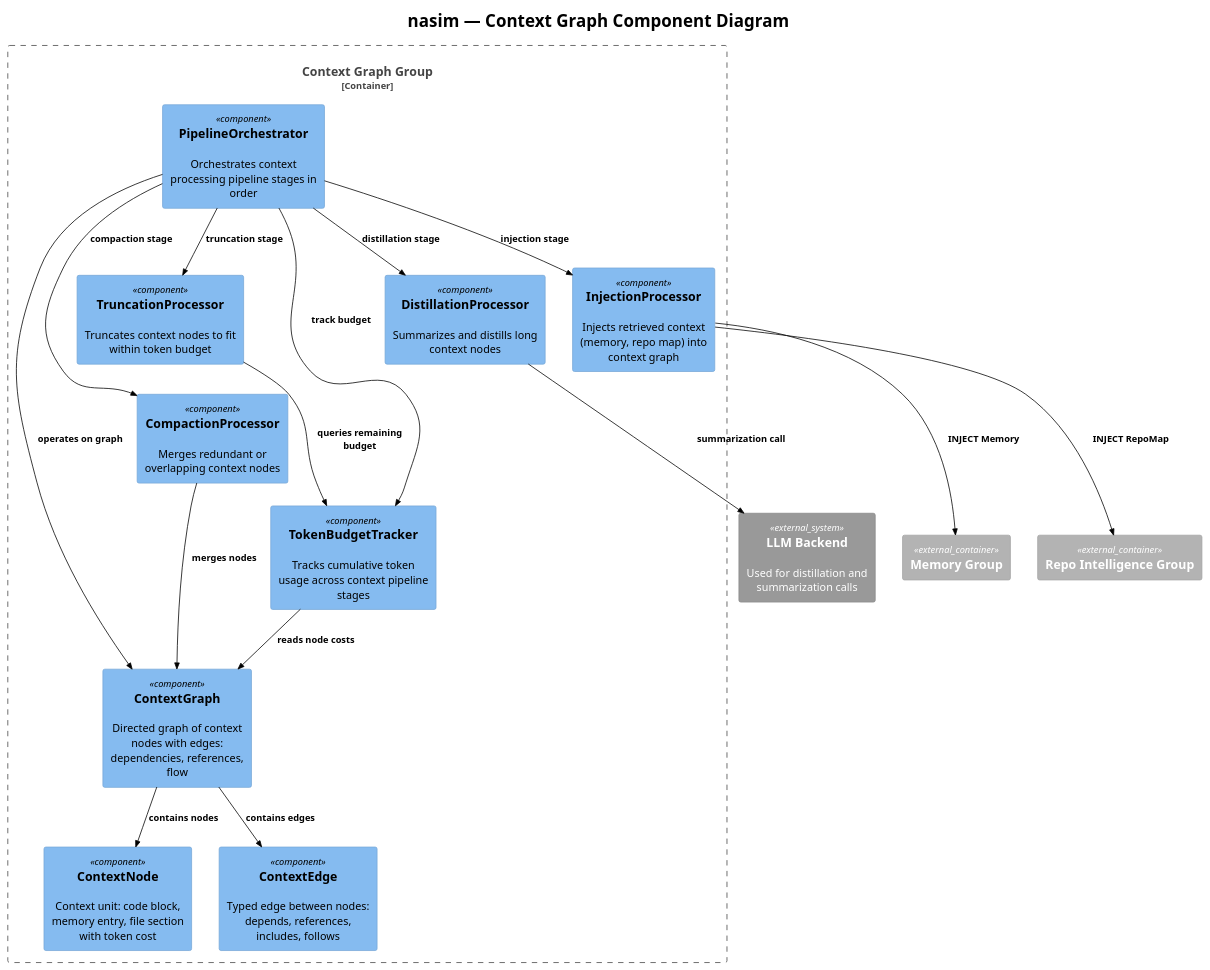
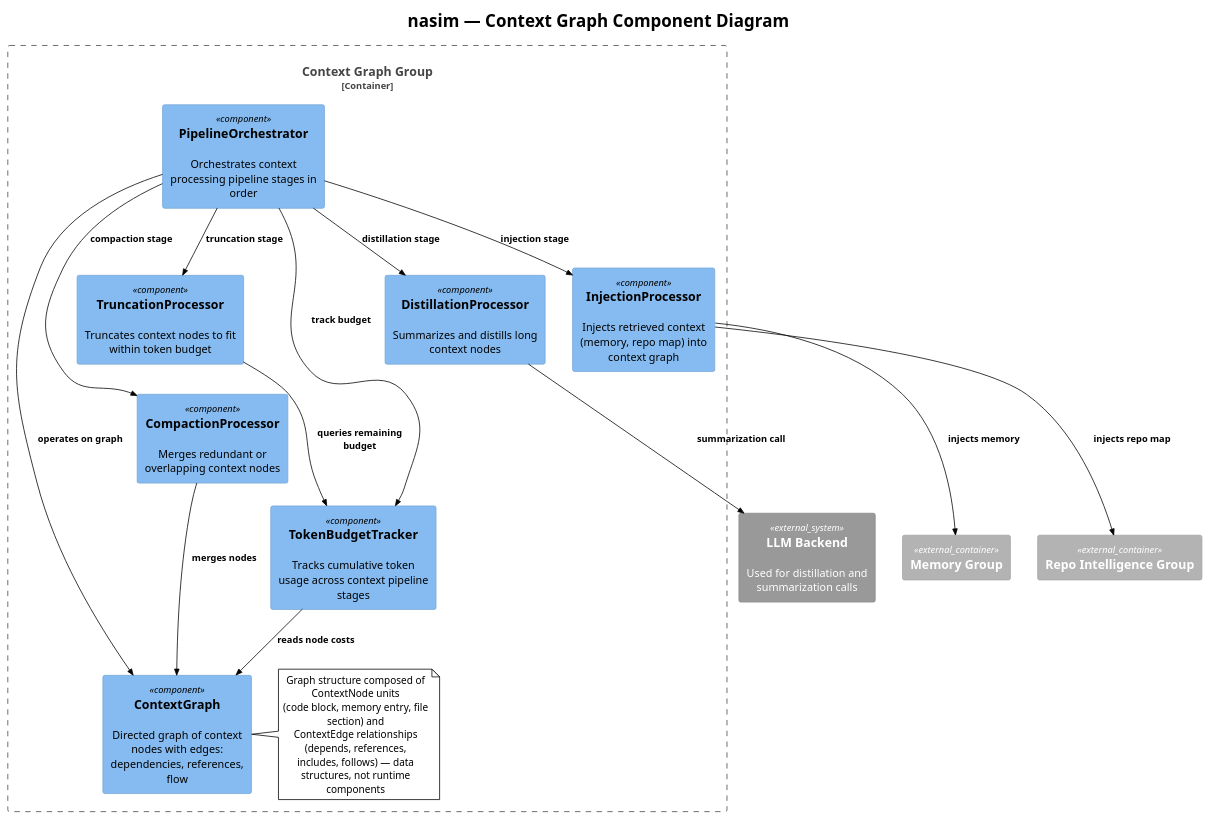
One commit to salimnamvar/nasim changed diagram 18 of 24 in C4.md. Above: the diagram before and after it, drawn with PlantUML. The commit also changed other lines of this file and 18 other files, not shown here.

```diff
--- a/C4.md
+++ b/C4.md
@@ -1069,49 +1079,53 @@
 @startuml c4_nasim_component_context_graph
 !include https://raw.githubusercontent.com/plantuml-stdlib/C4-PlantUML/v2.10.0/C4_Component.puml
 !theme plain
 
 
 ' ============================================================
 ' Title:     nasim — Context Graph Component Diagram
 ' Boundary:  nasim core library — Context Graph group
 ' Purpose:   Context pipeline: graph construction, truncation, distillation, injection, compaction
 ' Milestone: v1.0
 ' Version:   6.0.0
 ' Source:    docs/audit/audit.2026.06.20.deep.domain.audit.md
 ' Review:    —
 ' ============================================================
 
 title nasim — Context Graph Component Diagram
 
 Container_Boundary(context_graph_boundary, "Context Graph Group") {
     Component(context_graph, "ContextGraph", "", "Directed graph of context nodes with edges: dependencies, references, flow")
-    Component(context_node, "ContextNode", "", "Context unit: code block, memory entry, file section with token cost")
-    Component(context_edge, "ContextEdge", "", "Typed edge between nodes: depends, references, includes, follows")
+    note right of context_graph
+      Graph structure composed of ContextNode units
+      (code block, memory entry, file section) and
+      ContextEdge relationships (depends, references,
+      includes, follows) — data structures, not runtime components
+    end note
+
     Component(pipeline_orchestrator, "PipelineOrchestrator", "", "Orchestrates context processing pipeline stages in order")
     Component(truncation_processor, "TruncationProcessor", "", "Truncates context nodes to fit within token budget")
     Component(distillation_processor, "DistillationProcessor", "", "Summarizes and distills long context nodes")
     Component(injection_processor, "InjectionProcessor", "", "Injects retrieved context (memory, repo map) into context graph")
     Component(compaction_processor, "CompactionProcessor", "", "Merges redundant or overlapping context nodes")
     Component(token_budget_tracker, "TokenBudgetTracker", "", "Tracks cumulative token usage across context pipeline stages")
 }
 
 Container_Ext(memory_group, "Memory Group")
 Container_Ext(repo_intelligence_group, "Repo Intelligence Group")
 System_Ext(llm_backend, "LLM Backend", "Used for distillation and summarization calls")
 
-Rel(context_graph, context_node, "contains nodes")
-Rel(context_graph, context_edge, "contains edges")
+
 Rel(pipeline_orchestrator, truncation_processor, "truncation stage")
 Rel(pipeline_orchestrator, distillation_processor, "distillation stage")
 Rel(pipeline_orchestrator, injection_processor, "injection stage")
 Rel(pipeline_orchestrator, compaction_processor, "compaction stage")
 Rel(pipeline_orchestrator, token_budget_tracker, "track budget")
 Rel(pipeline_orchestrator, context_graph, "operates on graph")
 Rel(distillation_processor, llm_backend, "summarization call")
-Rel(injection_processor, memory_group, "INJECT Memory")
-Rel(injection_processor, repo_intelligence_group, "INJECT RepoMap")
+Rel(injection_processor, memory_group, "injects memory")
+Rel(injection_processor, repo_intelligence_group, "injects repo map")
 Rel(truncation_processor, token_budget_tracker, "queries remaining budget")
 Rel(compaction_processor, context_graph, "merges nodes")
 Rel(token_budget_tracker, context_graph, "reads node costs")
 
 @enduml
```
